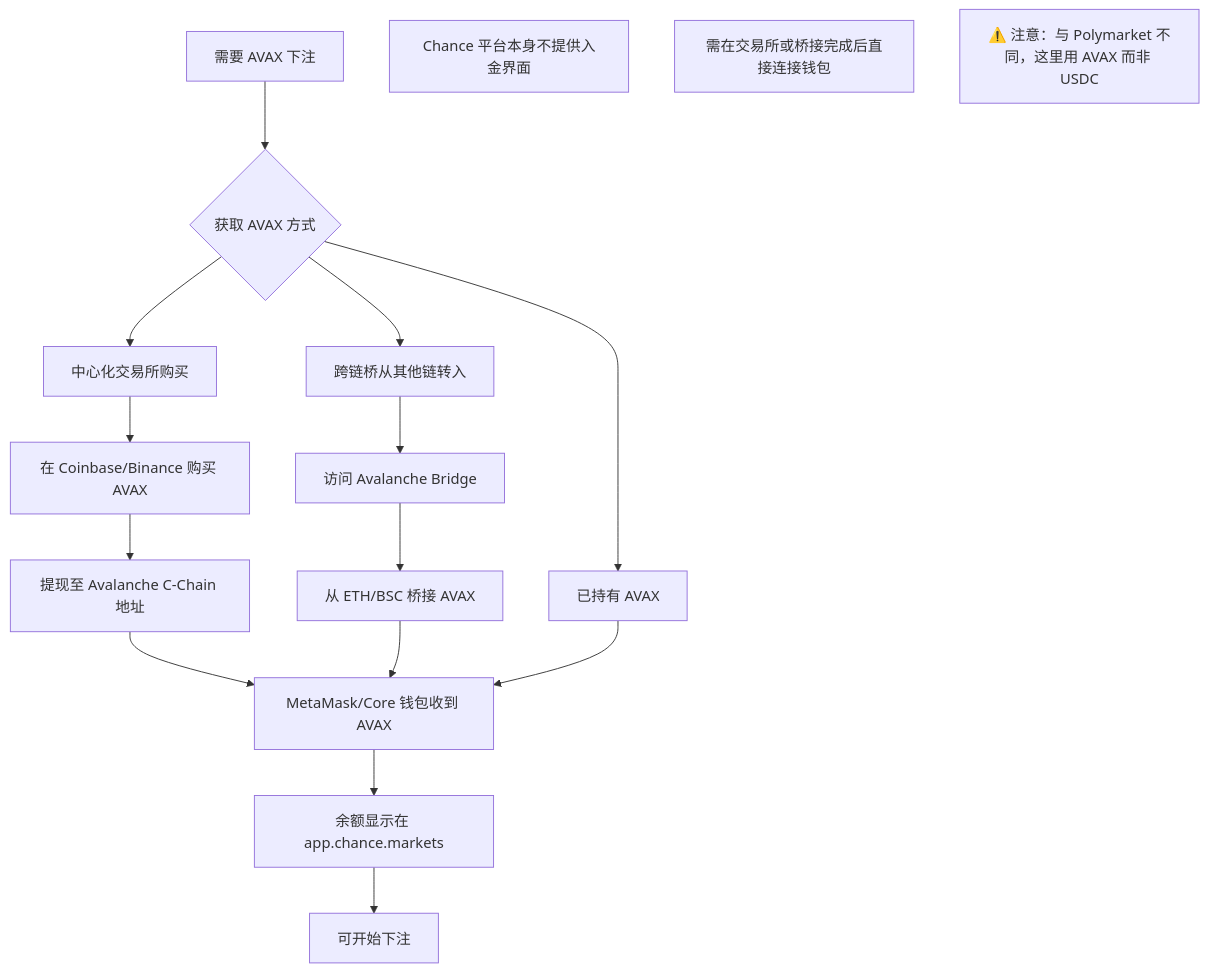
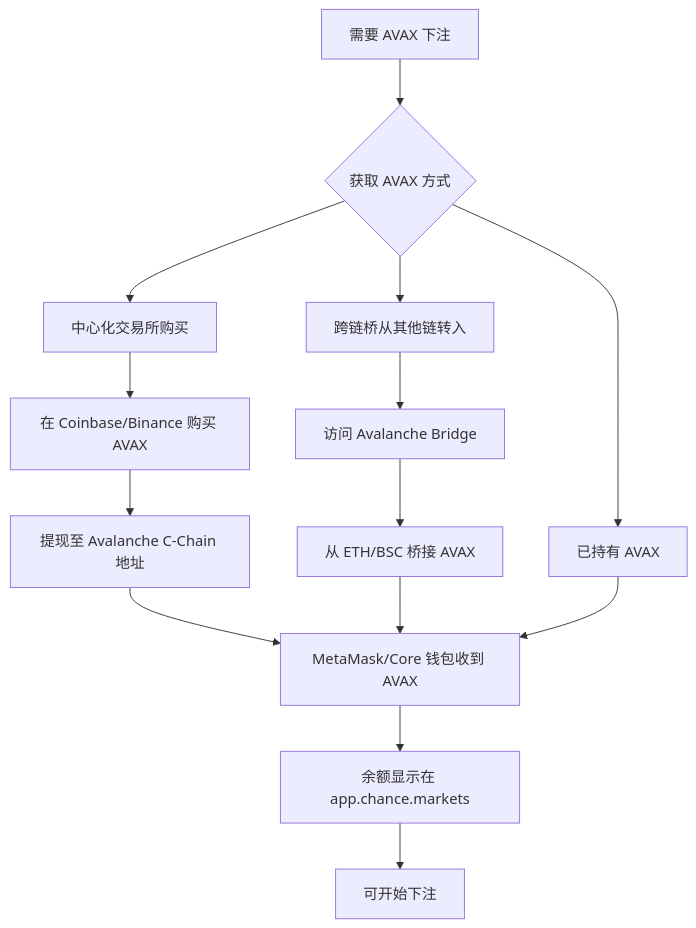
The second of 14 diagrams in research/08_chance/analysis.md (survivorff/polymarket_research), drawn with Mermaid before and after one commit. The commit also changed other lines of this file and 11 other files, not shown here.

First line of the commit message:
修复所有 Mermaid 语法错误，确保流程图可正常渲染

````diff
--- a/research/08_chance/analysis.md
+++ b/research/08_chance/analysis.md
@@ -50,22 +50,22 @@
 ```mermaid
 flowchart TD
     A[需要 AVAX 下注] --> B{获取 AVAX 方式}
     B --> B1[中心化交易所购买]
     B --> B2[跨链桥从其他链转入]
     B --> B3[已持有 AVAX]
 
     B1 --> C1[在 Coinbase/Binance 购买 AVAX]
     C1 --> D1[提现至 Avalanche C-Chain 地址]
     D1 --> E[MetaMask/Core 钱包收到 AVAX]
 
     B2 --> C2[访问 Avalanche Bridge]
     C2 --> D2[从 ETH/BSC 桥接 AVAX]
     D2 --> E
 
     B3 --> E
     E --> F[余额显示在 app.chance.markets]
     F --> G[可开始下注]
-    note1[Chance 平台本身不提供入金界面]
-    note2[需在交易所或桥接完成后直接连接钱包]
-    note3[⚠️ 注意：与 Polymarket 不同，这里用 AVAX 而非 USDC]
+    %% 注: Chance 平台本身不提供入金界面
+    %% 注: 需在交易所或桥接完成后直接连接钱包
+    %% 注: ⚠️ 注意：与 Polymarket 不同，这里用 AVAX 而非 USDC
 ```
````
